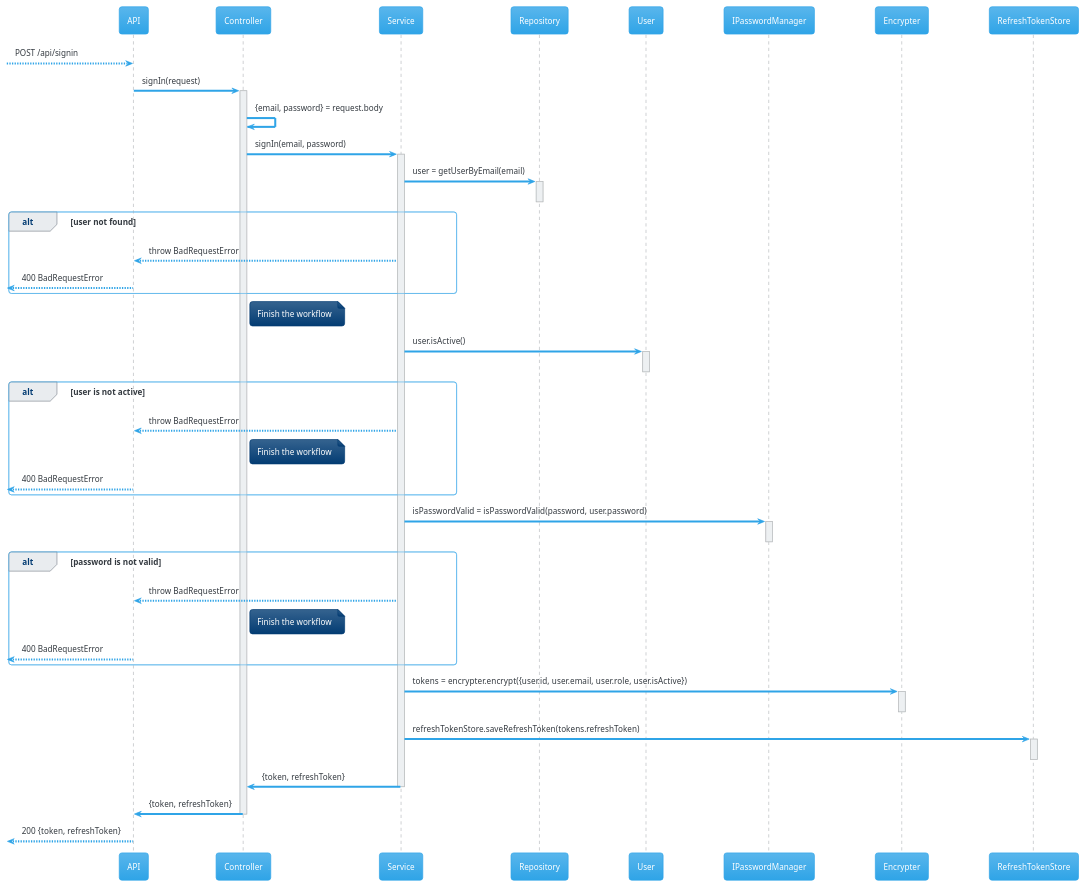
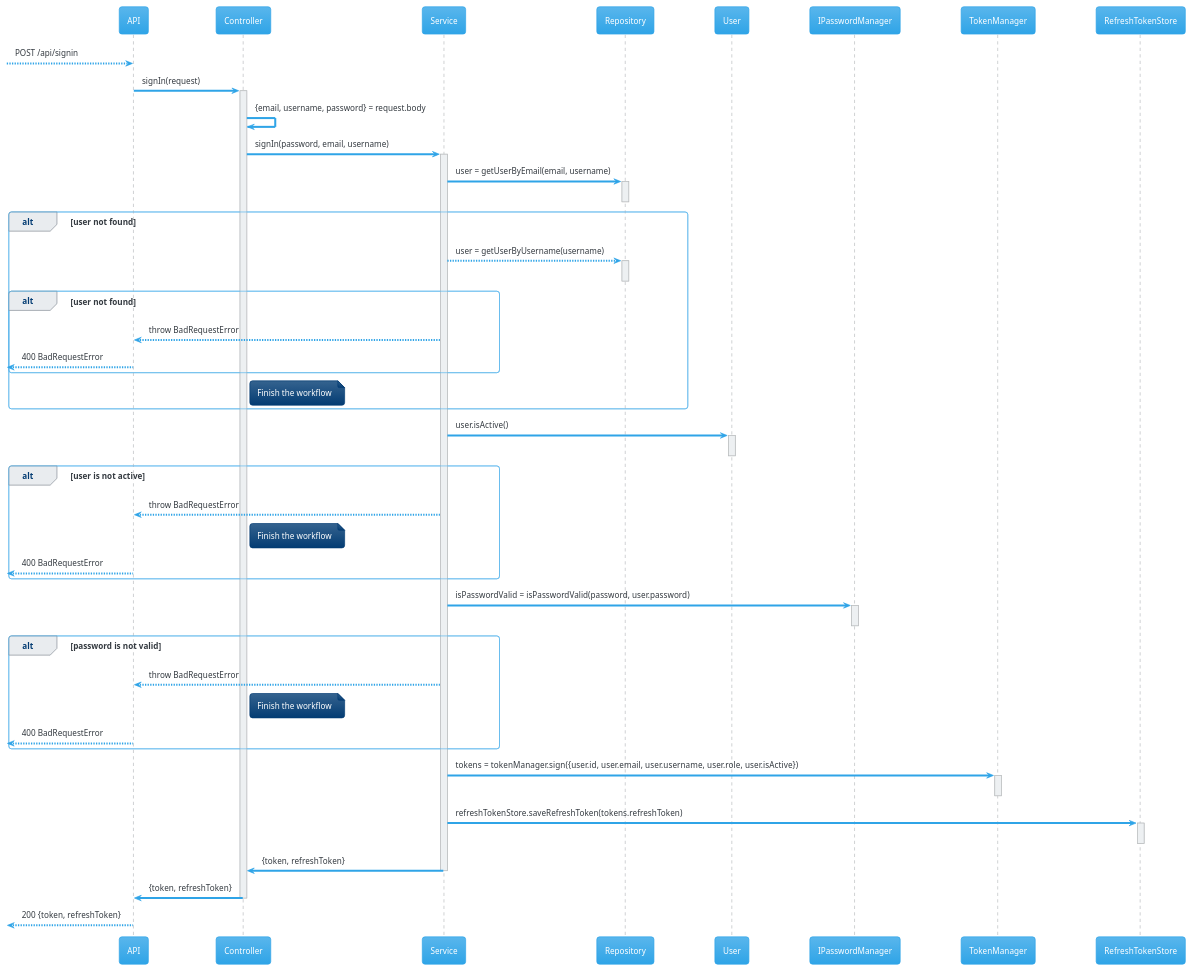
One commit to ArturBrito/auth changed the diagram in docs/authentication/signin/signin.sd.puml. Above: the diagram before and after it, drawn with PlantUML. The commit also changed 18 other files, not shown here.

Commit message:
refactor: rename the encrypt to tokenManager and encrypt and decrypt to sign and verify

```diff
--- a/docs/authentication/signin/signin.sd.puml
+++ b/docs/authentication/signin/signin.sd.puml
@@ -1,68 +1,73 @@
 @startuml
 !theme cerulean
 participant "API" as API
 participant "Controller" as Ctrl
 participant "Service" as Service
 participant "Repository" as Repo
 participant "User" as User
 participant "IPasswordManager" as PassManager
-participant "Encrypter" as Encrypter
+participant "TokenManager" as TokenManager
 participant "RefreshTokenStore" as RefreshTokenStore
 
 
 --> API: POST /api/signin
 API -> Ctrl: signIn(request)
 activate Ctrl
-Ctrl -> Ctrl: {email, password} = request.body
-Ctrl -> Service: signIn(email, password)
+Ctrl -> Ctrl: {email, username, password} = request.body
+Ctrl -> Service: signIn(password, email, username)
 activate Service
-Service -> Repo: user = getUserByEmail(email)
+Service -> Repo: user = getUserByEmail(email, username)
 activate Repo
 deactivate Repo
 alt user not found
+    Service --> Repo: user = getUserByUsername(username)
+    activate Repo
+    deactivate Repo
+    alt user not found
         Service --> API: throw BadRequestError
         
         <-- API: 400 BadRequestError
     end
     note right of Ctrl
         Finish the workflow
-end note
+    end note
+end
 
 Service -> User: user.isActive()
 activate User
 deactivate User
 alt user is not active
     Service --> API: throw BadRequestError
     note right of Ctrl
         Finish the workflow
     end note
     <-- API: 400 BadRequestError
 end
 
 Service -> PassManager: isPasswordValid = isPasswordValid(password, user.password)
 activate PassManager
 deactivate PassManager
 alt password is not valid
     Service --> API: throw BadRequestError
     note right of Ctrl
         Finish the workflow
     end note
     <-- API: 400 BadRequestError
 end
 
-Service -> Encrypter: tokens = encrypter.encrypt({user.id, user.email, user.role, user.isActive})
-activate Encrypter
-deactivate Encrypter
+Service -> TokenManager: tokens = tokenManager.sign({user.id, user.email, user.username, user.role, user.isActive})
+activate TokenManager
+deactivate TokenManager
 
 Service -> RefreshTokenStore: refreshTokenStore.saveRefreshToken(tokens.refreshToken)
 activate RefreshTokenStore
 deactivate RefreshTokenStore
 
 Service -> Ctrl: {token, refreshToken}
 deactivate Service
 Ctrl -> API: {token, refreshToken}
 deactivate Ctrl
 <-- API : 200 {token, refreshToken}
 
 
 @enduml
```
